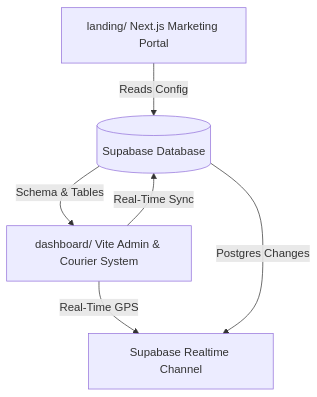
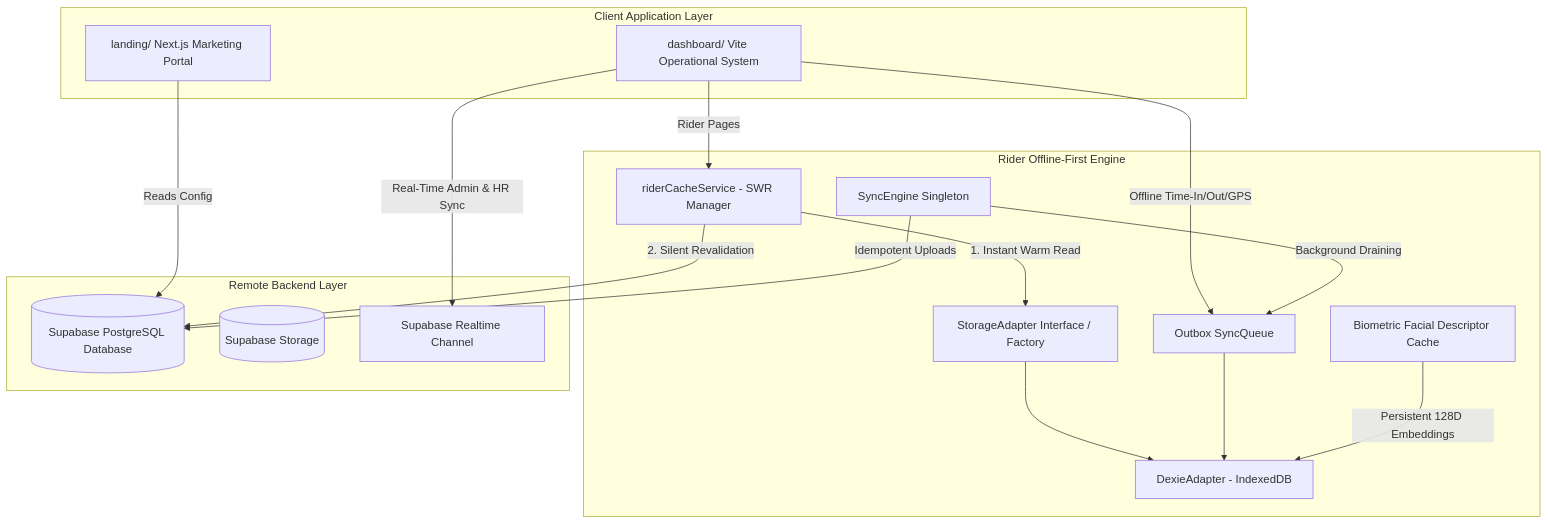
Before and after one commit to naphiertech/MKB-supabase: the diagram in README.md, drawn with Mermaid. The commit also changed other lines of this file, not shown here.

````diff
--- a/README.md
+++ b/README.md
@@ -11,8 +11,38 @@
 ```mermaid
 graph TD
-    A[landing/ Next.js Marketing Portal] -->|Reads Config| C[(Supabase Database)]
-    B[dashboard/ Vite Admin & Courier System] -->|Real-Time Sync| C
-    B -->|Real-Time GPS| D[Supabase Realtime Channel]
-    C -->|Schema & Tables| B
-    C -->|Postgres Changes| D
+    subgraph Client Application Layer
+        LP[landing/ Next.js Marketing Portal]
+        DB[dashboard/ Vite Operational System]
+    end
+
+    subgraph Rider Offline-First Engine
+        SWR[riderCacheService - SWR Manager]
+        SA[StorageAdapter Interface / Factory]
+        DA[DexieAdapter - IndexedDB]
+        OQ[Outbox SyncQueue]
+        SE[SyncEngine Singleton]
+        BC[Biometric Facial Descriptor Cache]
+    end
+
+    subgraph Remote Backend Layer
+        SB[(Supabase PostgreSQL Database)]
+        ST[(Supabase Storage)]
+        RT[Supabase Realtime Channel]
+    end
+
+    LP -->|Reads Config| SB
+    DB -->|Real-Time Admin & HR Sync| RT
+    
+    DB -->|Rider Pages| SWR
+    SWR -->|1. Instant Warm Read| SA
+    SA --> DA
+    SWR -->|2. Silent Revalidation| SB
+
+    DB -->|Offline Time-In/Out/GPS| OQ
+    OQ --> DA
+
+    SE -->|Background Draining| OQ
+    SE -->|Idempotent Uploads| SB
+
+    BC -->|Persistent 128D Embeddings| DA
 ```
````
